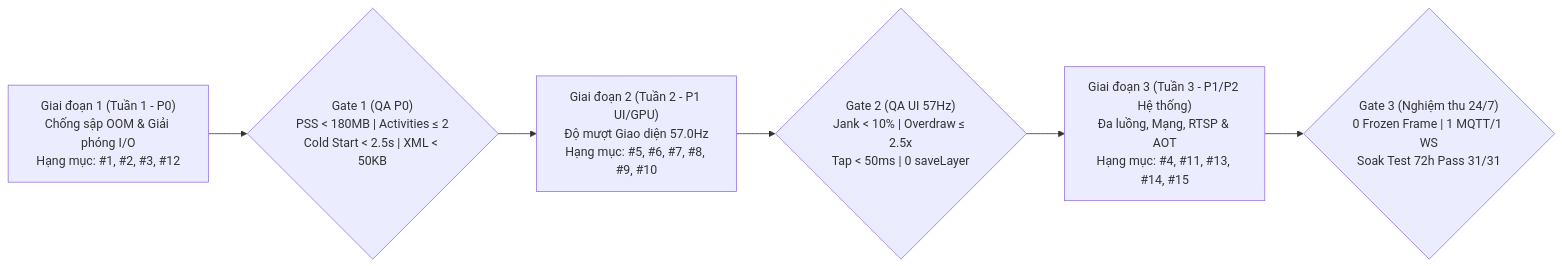
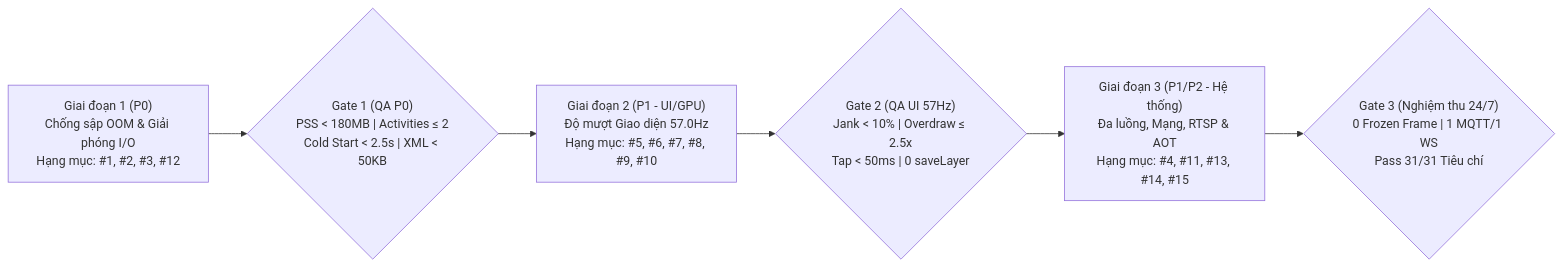
One commit to minhtv15/performance-report changed the diagram in KE_HOACH_TRIEN_KHAI_VA_QA_WALLPAD_SM10P.md. Above: the diagram before and after it, drawn with Mermaid. The commit also changed other lines of this file, not shown here.

````diff
--- a/KE_HOACH_TRIEN_KHAI_VA_QA_WALLPAD_SM10P.md
+++ b/KE_HOACH_TRIEN_KHAI_VA_QA_WALLPAD_SM10P.md
@@ -11,8 +11,8 @@
 ```mermaid
 flowchart LR
-  S1["Giai đoạn 1 (Tuần 1 - P0)<br/>Chống sập OOM & Giải phóng I/O<br/>Hạng mục: #1, #2, #3, #12"] --> G1{"Gate 1 (QA P0)<br/>PSS < 180MB | Activities ≤ 2<br/>Cold Start < 2.5s | XML < 50KB"}
-  G1 --> S2["Giai đoạn 2 (Tuần 2 - P1 UI/GPU)<br/>Độ mượt Giao diện 57.0Hz<br/>Hạng mục: #5, #6, #7, #8, #9, #10"]
+  S1["Giai đoạn 1 (P0)<br/>Chống sập OOM & Giải phóng I/O<br/>Hạng mục: #1, #2, #3, #12"] --> G1{"Gate 1 (QA P0)<br/>PSS < 180MB | Activities ≤ 2<br/>Cold Start < 2.5s | XML < 50KB"}
+  G1 --> S2["Giai đoạn 2 (P1 - UI/GPU)<br/>Độ mượt Giao diện 57.0Hz<br/>Hạng mục: #5, #6, #7, #8, #9, #10"]
   S2 --> G2{"Gate 2 (QA UI 57Hz)<br/>Jank < 10% | Overdraw ≤ 2.5x<br/>Tap < 50ms | 0 saveLayer"}
-  G2 --> S3["Giai đoạn 3 (Tuần 3 - P1/P2 Hệ thống)<br/>Đa luồng, Mạng, RTSP & AOT<br/>Hạng mục: #4, #11, #13, #14, #15"]
-  S3 --> G3{"Gate 3 (Nghiệm thu 24/7)<br/>0 Frozen Frame | 1 MQTT/1 WS<br/>Soak Test 72h Pass 31/31"}
+  G2 --> S3["Giai đoạn 3 (P1/P2 - Hệ thống)<br/>Đa luồng, Mạng, RTSP & AOT<br/>Hạng mục: #4, #11, #13, #14, #15"]
+  S3 --> G3{"Gate 3 (Nghiệm thu 24/7)<br/>0 Frozen Frame | 1 MQTT/1 WS<br/>Pass 31/31 Tiêu chí"}
 ```
````
